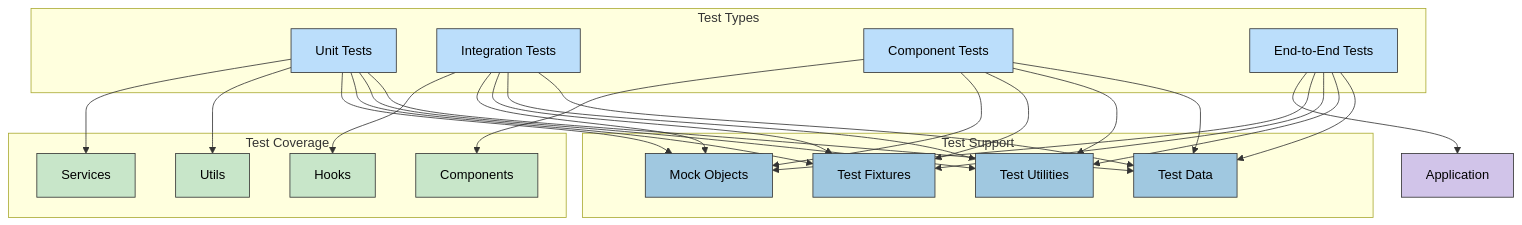
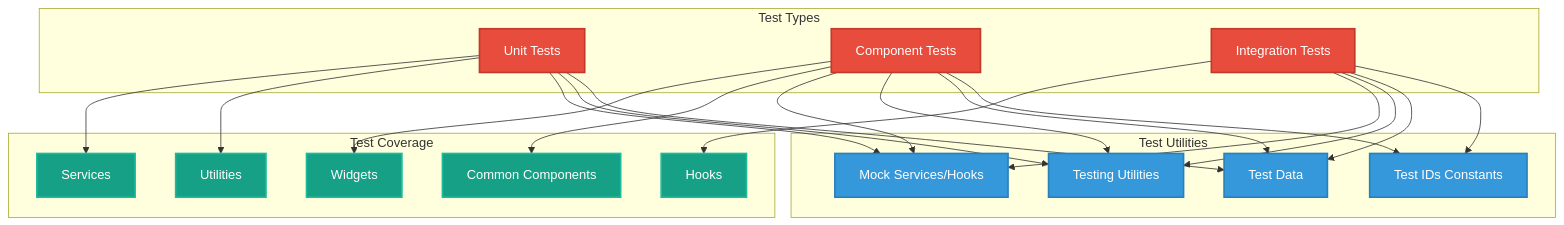
Before and after one commit to Hack23/cia-compliance-manager: the eighth of 8 diagrams in docs/architecture/SYSTEM_ARCHITECTURE.md, drawn with Mermaid. The commit also changed other lines of this file and 1 other file, not shown here.

````diff
--- a/docs/architecture/SYSTEM_ARCHITECTURE.md
+++ b/docs/architecture/SYSTEM_ARCHITECTURE.md
@@ -823,44 +382,42 @@
 ```mermaid
 flowchart TD
     subgraph "Test Types"
         Unit[Unit Tests]
+        Component[Component Tests]
         Integration[Integration Tests]
-        Component[Component Tests]
-        E2E[End-to-End Tests]
     end
     
-    subgraph "Test Support"
-        Mocks[Mock Objects]
-        Fixtures[Test Fixtures]
-        TestUtils[Test Utilities]
+    subgraph "Test Utilities"
+        Mocks[Mock Services/Hooks]
+        TestUtils[Testing Utilities]
         TestData[Test Data]
+        TestIDs[Test IDs Constants]
     end
     
     subgraph "Test Coverage"
         Services[Services]
-        Components[Components]
         Hooks[Hooks]
-        Utils[Utils]
+        Widgets[Widgets]
+        Common[Common Components]
+        Utils[Utilities]
     end
     
     Unit --> Services
     Unit --> Utils
-    Component --> Components
+    Component --> Widgets
+    Component --> Common
     Integration --> Hooks
-    E2E --> App[Application]
     
-    Unit & Component & Integration & E2E --> Mocks
-    Unit & Component & Integration & E2E --> Fixtures
-    Unit & Component & Integration & E2E --> TestUtils
-    Unit & Component & Integration & E2E --> TestData
+    Unit & Component & Integration --> Mocks
+    Unit & Component & Integration --> TestUtils
+    Unit & Component & Integration --> TestData
+    Component & Integration --> TestIDs
     
-    classDef test fill:#bbdefb,stroke:#333,stroke-width:1px,color:black
-    classDef support fill:#a0c8e0,stroke:#333,stroke-width:1px,color:black
-    classDef coverage fill:#c8e6c9,stroke:#333,stroke-width:1px,color:black
-    classDef app fill:#d1c4e9,stroke:#333,stroke-width:1px,color:black
+    classDef testType fill:#e74c3c,stroke:#c0392b,stroke-width:2px,color:white
+    classDef testUtil fill:#3498db,stroke:#2980b9,stroke-width:2px,color:white
+    classDef coverage fill:#16a085,stroke:#1abc9c,stroke-width:2px,color:white
     
-    class Unit,Integration,Component,E2E test
-    class Mocks,Fixtures,TestUtils,TestData support
-    class Services,Components,Hooks,Utils coverage
-    class App app
+    class Unit,Component,Integration testType
+    class Mocks,TestUtils,TestData,TestIDs testUtil
+    class Services,Hooks,Widgets,Common,Utils coverage
 ```
````
